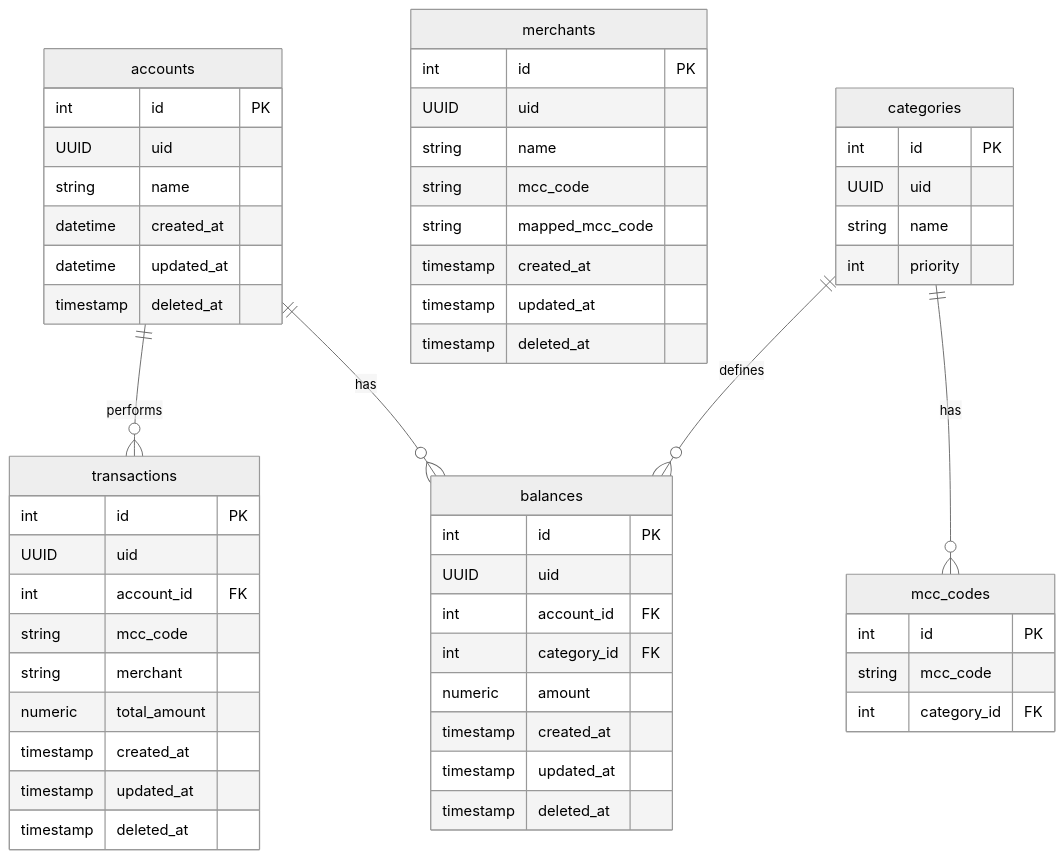
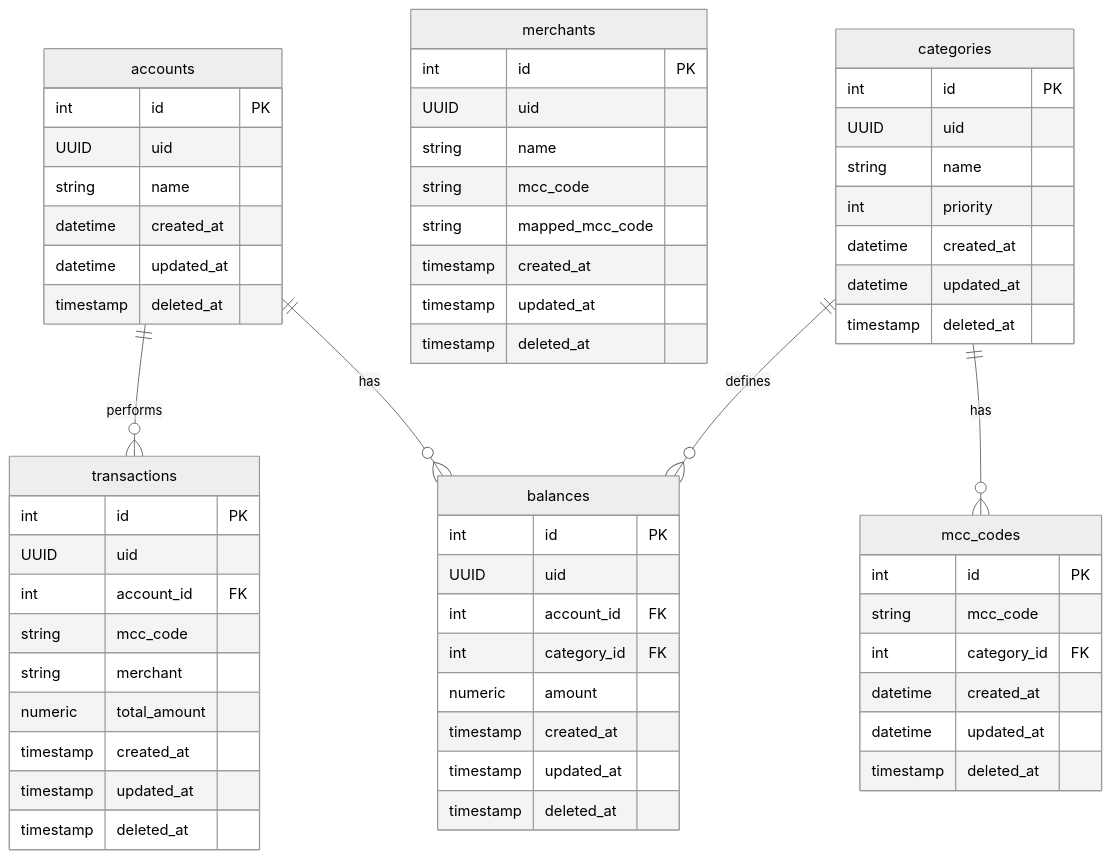
One commit to marciovmartins/jtonynet-go-payments-api changed the second of 4 diagrams in README.md. Above: the diagram before and after it, drawn with Mermaid (neutral theme).

````diff
--- a/README.md
+++ b/README.md
@@ -451,65 +451,71 @@
 ```mermaid
 erDiagram
     accounts {
         int id PK
         UUID uid
         string name
         datetime created_at
         datetime updated_at
         timestamp deleted_at
     }
 
     balances {
         int id PK
         UUID uid
         int account_id FK
         int category_id FK
         numeric amount
         timestamp created_at
         timestamp updated_at
         timestamp deleted_at
     }
 
     transactions {
         int id PK
         UUID uid
         int account_id FK
         string mcc_code
         string merchant
         numeric total_amount
         timestamp created_at
         timestamp updated_at
         timestamp deleted_at
     }
     
     merchants {
         int id PK
         UUID uid
         string name
         string mcc_code
         string mapped_mcc_code
         timestamp created_at
         timestamp updated_at
         timestamp deleted_at
     }
 
     categories {
         int id PK
         UUID uid
         string name
         int priority
+        datetime created_at
+        datetime updated_at
+        timestamp deleted_at
     }
 
     mcc_codes {
         int id PK
         string mcc_code
         int category_id FK
+        datetime created_at
+        datetime updated_at
+        timestamp deleted_at
     }
 
     accounts ||--o{ balances : has
     accounts ||--o{ transactions : performs
     categories ||--o{ mcc_codes : has
     categories ||--o{ balances : defines
 
     
 ```
````
